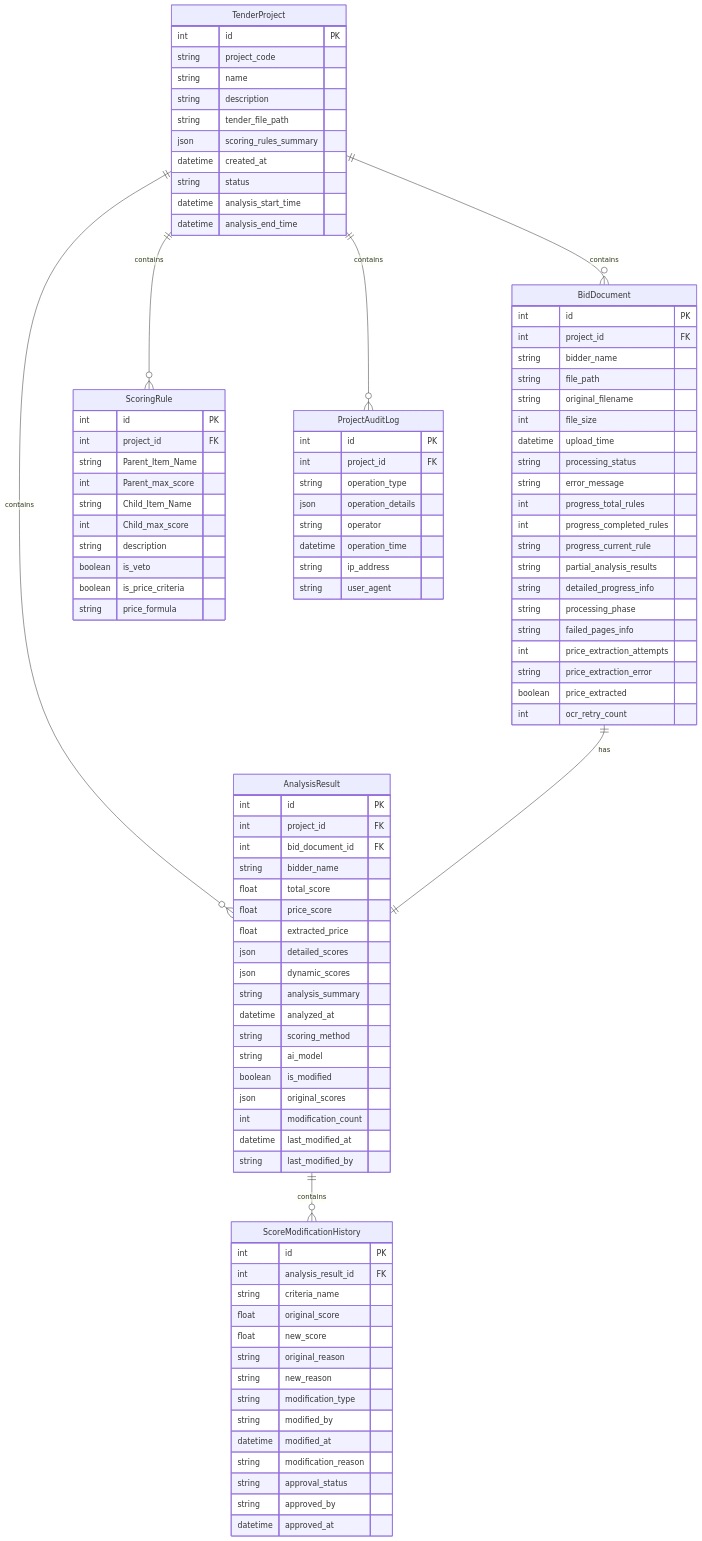
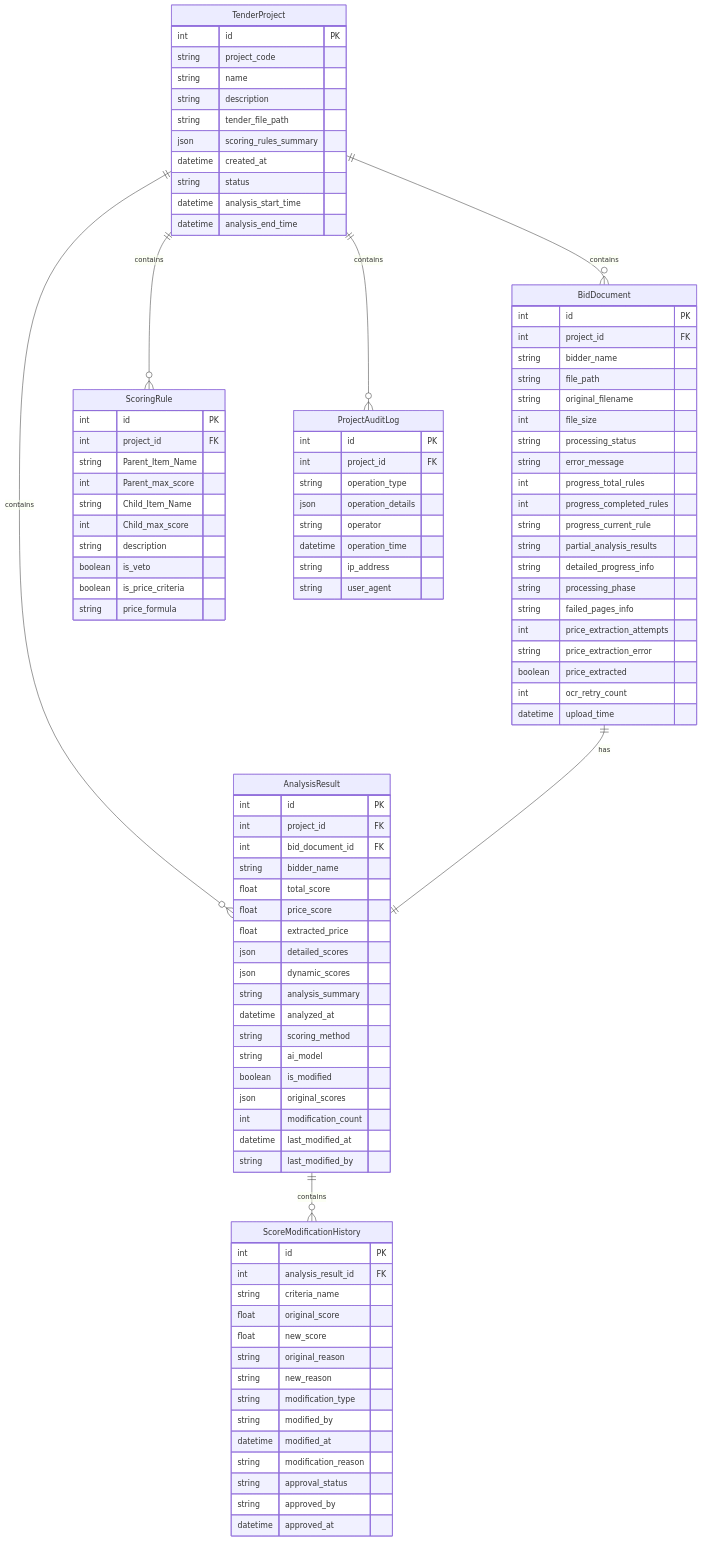
Before and after one commit to zhd5258/AI_env2: diagram 14 of 14 in docs/流程图.md, drawn with Mermaid. The commit also changed other lines of this file and 36 other files, not shown here.

```diff
--- a/docs/流程图.md
+++ b/docs/流程图.md
@@ -206,7 +234,6 @@
         string file_path
         string original_filename
         int file_size
-        datetime upload_time
         string processing_status
         string error_message
         int progress_total_rules
@@ -220,6 +247,7 @@
         string price_extraction_error
         boolean price_extracted
         int ocr_retry_count
+        datetime upload_time
     }
     
     AnalysisResult {
```
